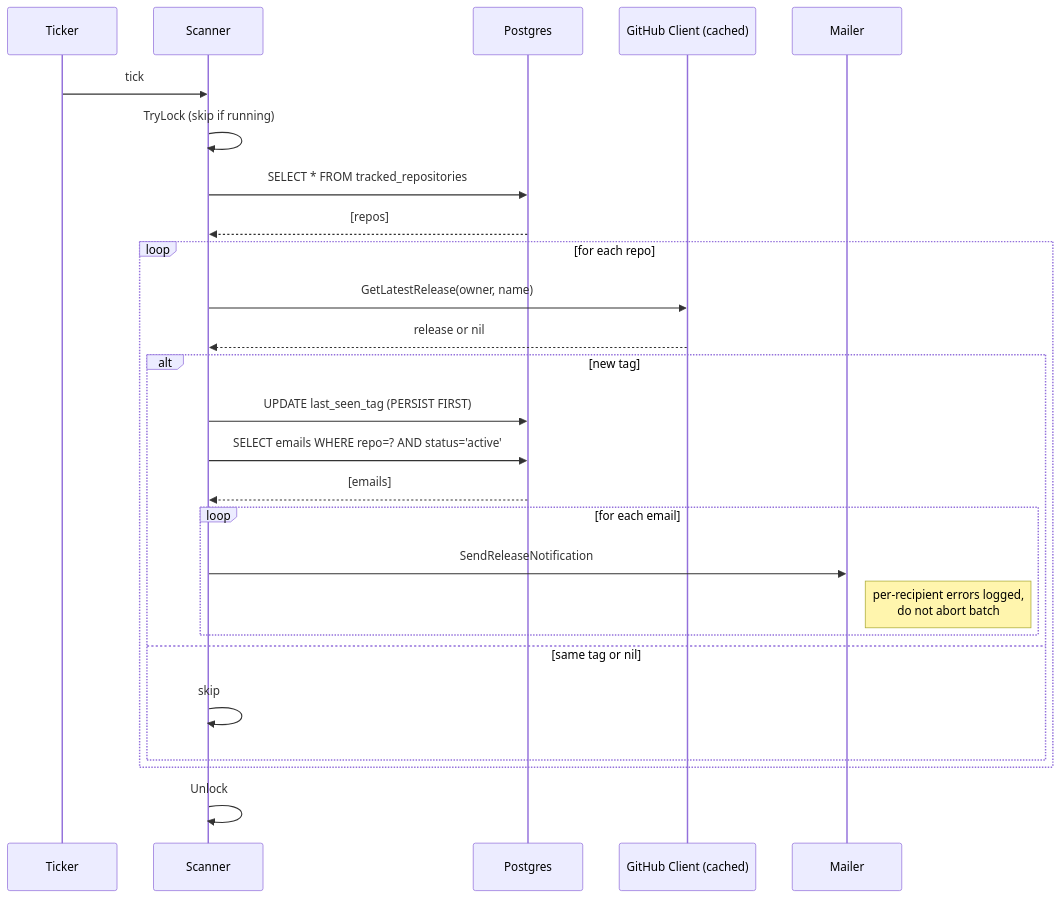
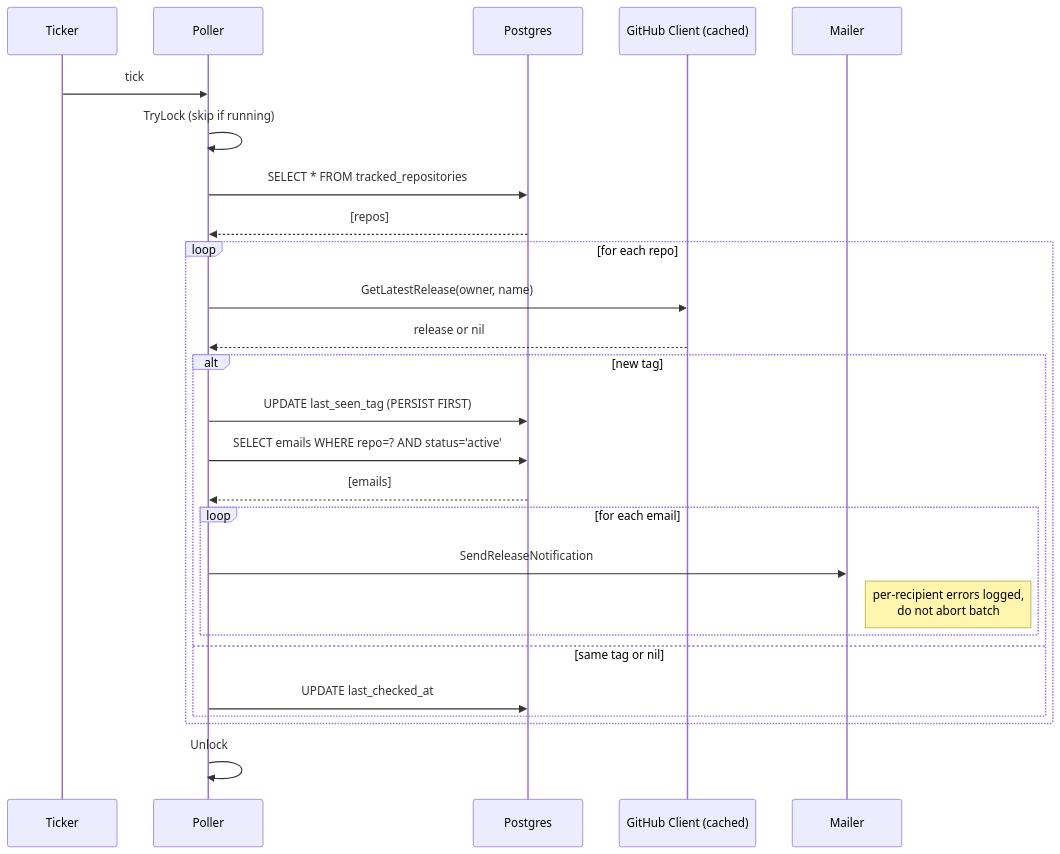
Before and after one commit to GenesisEducationKyiv/software-engineering-school-6-0-mashta-lilia: the fourth of 5 diagrams in docs/system-design.md, drawn with Mermaid. The commit also changed other lines of this file and 32 other files, not shown here.

````diff
--- a/docs/system-design.md
+++ b/docs/system-design.md
@@ -196,29 +196,29 @@
 ```mermaid
 sequenceDiagram
     participant T as Ticker
-    participant Sc as Scanner
+    participant P as Poller
     participant DB as Postgres
     participant GH as GitHub Client (cached)
     participant M as Mailer
 
-    T->>Sc: tick
-    Sc->>Sc: TryLock (skip if running)
-    Sc->>DB: SELECT * FROM tracked_repositories
-    DB-->>Sc: [repos]
+    T->>P: tick
+    P->>P: TryLock (skip if running)
+    P->>DB: SELECT * FROM tracked_repositories
+    DB-->>P: [repos]
     loop for each repo
-        Sc->>GH: GetLatestRelease(owner, name)
-        GH-->>Sc: release or nil
+        P->>GH: GetLatestRelease(owner, name)
+        GH-->>P: release or nil
         alt new tag
-            Sc->>DB: UPDATE last_seen_tag (PERSIST FIRST)
-            Sc->>DB: SELECT emails WHERE repo=? AND status='active'
-            DB-->>Sc: [emails]
+            P->>DB: UPDATE last_seen_tag (PERSIST FIRST)
+            P->>DB: SELECT emails WHERE repo=? AND status='active'
+            DB-->>P: [emails]
             loop for each email
-                Sc->>M: SendReleaseNotification
+                P->>M: SendReleaseNotification
                 Note right of M: per-recipient errors logged,<br/>do not abort batch
             end
         else same tag or nil
-            Sc->>Sc: skip
+            P->>DB: UPDATE last_checked_at
         end
     end
-    Sc->>Sc: Unlock
+    P->>P: Unlock
 ```
````
